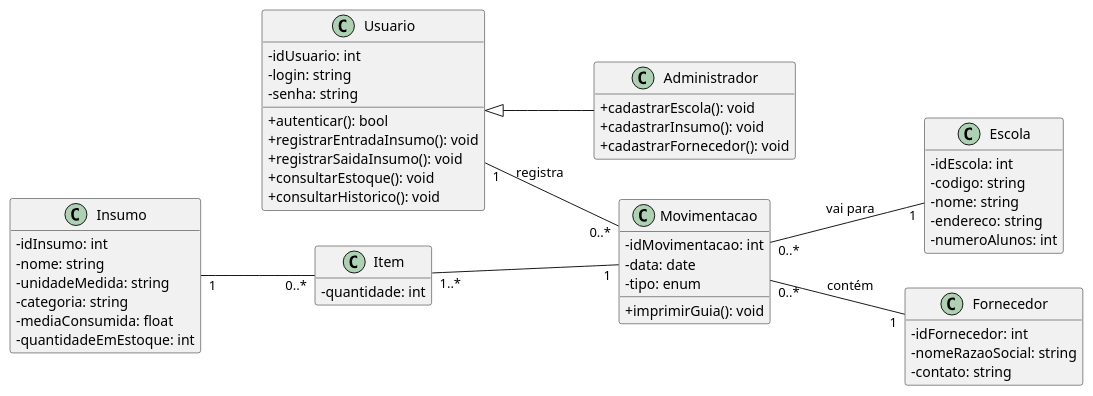
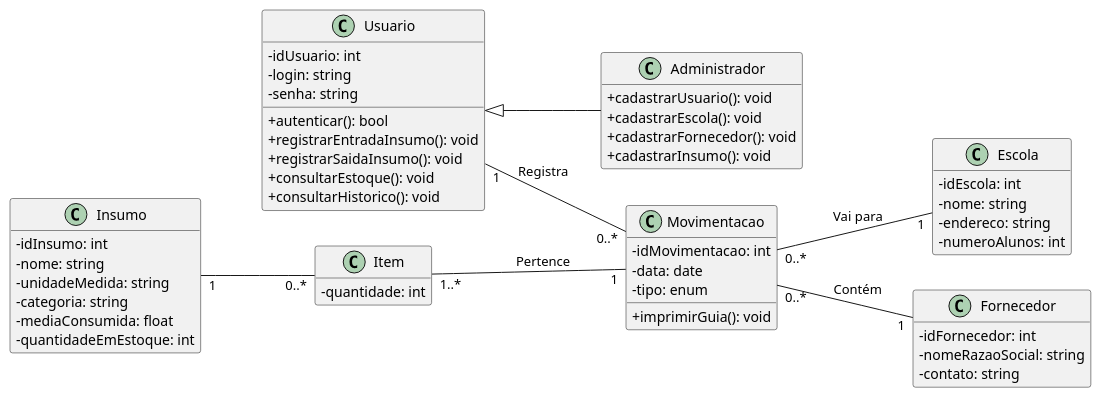
One commit to NOCKjr/TESI_I_PROJETO_ESTOQUE changed the diagram in diagrama-de-classes.puml. Above: the diagram before and after it, drawn with PlantUML.

Commit message:
pequenos ajustes pra melhorar a leitura do código e adição de um novo método para Administrador

```diff
--- a/diagrama-de-classes.puml
+++ b/diagrama-de-classes.puml
@@ -1,70 +1,72 @@
 @startuml
 
 skinparam classAttributeIconSize 0
 hide empty members
 
 left to right direction
 
 class Usuario {
     -idUsuario: int
     -login: string
     -senha: string
+
     +autenticar(): bool
     +registrarEntradaInsumo(): void
     +registrarSaidaInsumo(): void
     +consultarEstoque(): void
     +consultarHistorico(): void
 }
 
 class Administrador extends Usuario {
+    +cadastrarUsuario(): void
     +cadastrarEscola(): void
+    +cadastrarFornecedor(): void
     +cadastrarInsumo(): void
-    +cadastrarFornecedor(): void
+}
+
+class Movimentacao {
+    -idMovimentacao: int
+    -data: date
+    -tipo: enum 
+
+    +imprimirGuia(): void
 }
 
 class Escola {
     -idEscola: int
-    -codigo: string
     -nome: string
     -endereco: string
     -numeroAlunos: int
+}
+
+class Fornecedor {
+    -idFornecedor: int
+    -nomeRazaoSocial: string
+    -contato: string
+}
+
+class Item {
+    - quantidade: int
 }
 
 class Insumo {
     -idInsumo: int
     -nome: string
     -unidadeMedida: string
     -categoria: string
     -mediaConsumida: float
     -quantidadeEmEstoque: int 
 }
 
-class Fornecedor {
-    -idFornecedor: int
-    -nomeRazaoSocial: string
-    -contato: string
-}
 
-class Movimentacao {
-    -idMovimentacao: int
-    -data: date
-    -tipo: enum 
-    +imprimirGuia(): void
-}
+Usuario "1" -- "0..*" Movimentacao : Registra
 
-class Item {
-    - quantidade: int
-}
+Movimentacao "0..*" -- "1" Escola : Vai para
 
+Movimentacao "0..*" -- "1" Fornecedor : Contém
 
-Usuario "1" -- "0..*" Movimentacao : registra
-
-Item "1..*" -- "1" Movimentacao
+Item "1..*" -- "1" Movimentacao: Pertence 
 
 Insumo "1" -- "0..*" Item
 
-Movimentacao "0..*" -- "1" Fornecedor : contém
-
-Movimentacao "0..*" -- "1" Escola : vai para
-
 @enduml
```
